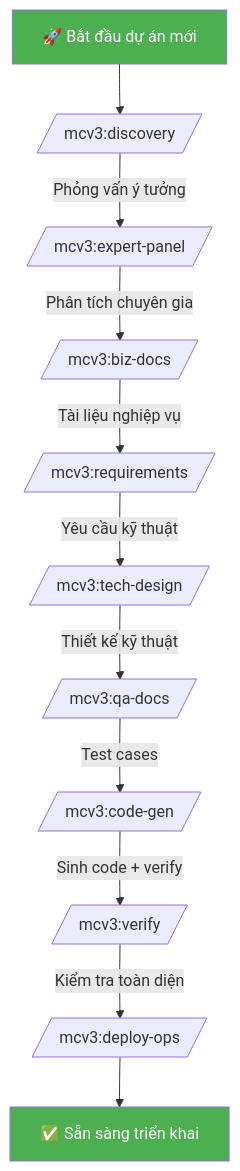
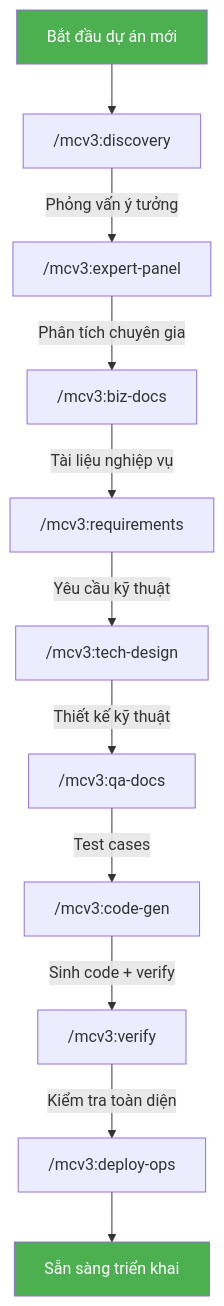
Before and after one commit to hanoibanhcuon/MCV3-Plugin: the first of 2 diagrams in docs/MCV3-DEVKIT-USER-GUIDE.md, drawn with Mermaid. The commit also changed other lines of this file, not shown here.

Commit message:
fix: sửa Mermaid syntax errors trong MCV3-DEVKIT-USER-GUIDE.md
- Thay [/mcv3:skill/] parallelogram syntax bằng ["/mcv3:skill"] quoted format
- Bọc diamond labels {text?} trong quotes {"text?"} để tránh parse error
- Xóa emoji khỏi node labels (🚀, 📋, ✅)
- Kết quả: cả 2 flowchart diagram render đúng, không còn "Syntax error in graph"

````diff
--- a/docs/MCV3-DEVKIT-USER-GUIDE.md
+++ b/docs/MCV3-DEVKIT-USER-GUIDE.md
@@ -117,16 +117,16 @@
 ```mermaid
 flowchart TD
-    A[🚀 Bắt đầu dự án mới] --> B[/mcv3:discovery/]
-    B -->|Phỏng vấn ý tưởng| C[/mcv3:expert-panel/]
-    C -->|Phân tích chuyên gia| D[/mcv3:biz-docs/]
-    D -->|Tài liệu nghiệp vụ| E[/mcv3:requirements/]
-    E -->|Yêu cầu kỹ thuật| F[/mcv3:tech-design/]
-    F -->|Thiết kế kỹ thuật| G[/mcv3:qa-docs/]
-    G -->|Test cases| H[/mcv3:code-gen/]
-    H -->|Sinh code + verify| I[/mcv3:verify/]
-    I -->|Kiểm tra toàn diện| J[/mcv3:deploy-ops/]
-    J --> K[✅ Sẵn sàng triển khai]
+    A["Bắt đầu dự án mới"] --> B["/mcv3:discovery"]
+    B -->|Phỏng vấn ý tưởng| C["/mcv3:expert-panel"]
+    C -->|Phân tích chuyên gia| D["/mcv3:biz-docs"]
+    D -->|Tài liệu nghiệp vụ| E["/mcv3:requirements"]
+    E -->|Yêu cầu kỹ thuật| F["/mcv3:tech-design"]
+    F -->|Thiết kế kỹ thuật| G["/mcv3:qa-docs"]
+    G -->|Test cases| H["/mcv3:code-gen"]
+    H -->|Sinh code + verify| I["/mcv3:verify"]
+    I -->|Kiểm tra toàn diện| J["/mcv3:deploy-ops"]
+    J --> K["Sẵn sàng triển khai"]
 
     style A fill:#4CAF50,color:#fff
     style K fill:#4CAF50,color:#fff
 ```
````
